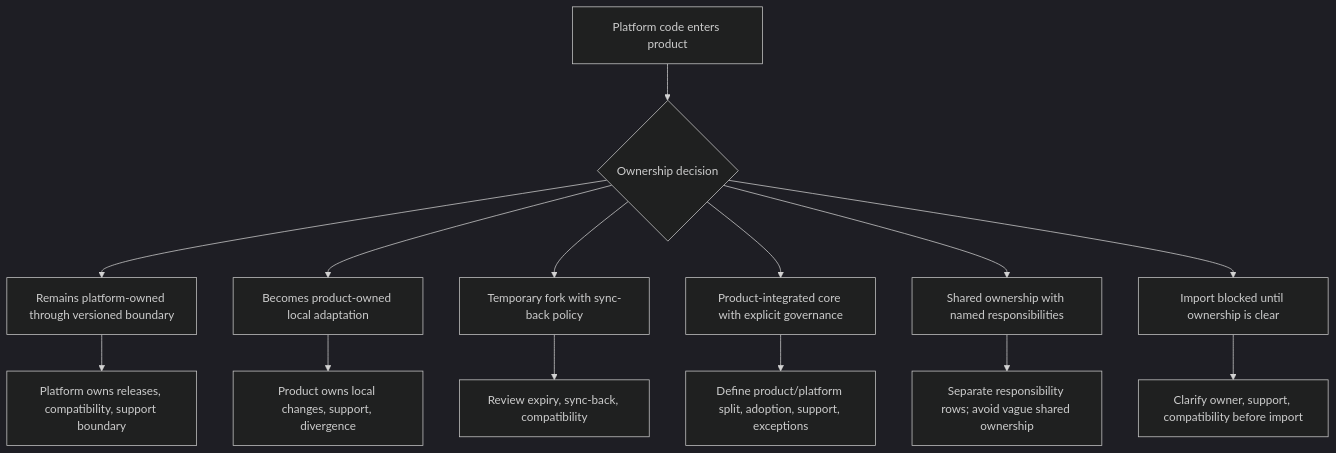
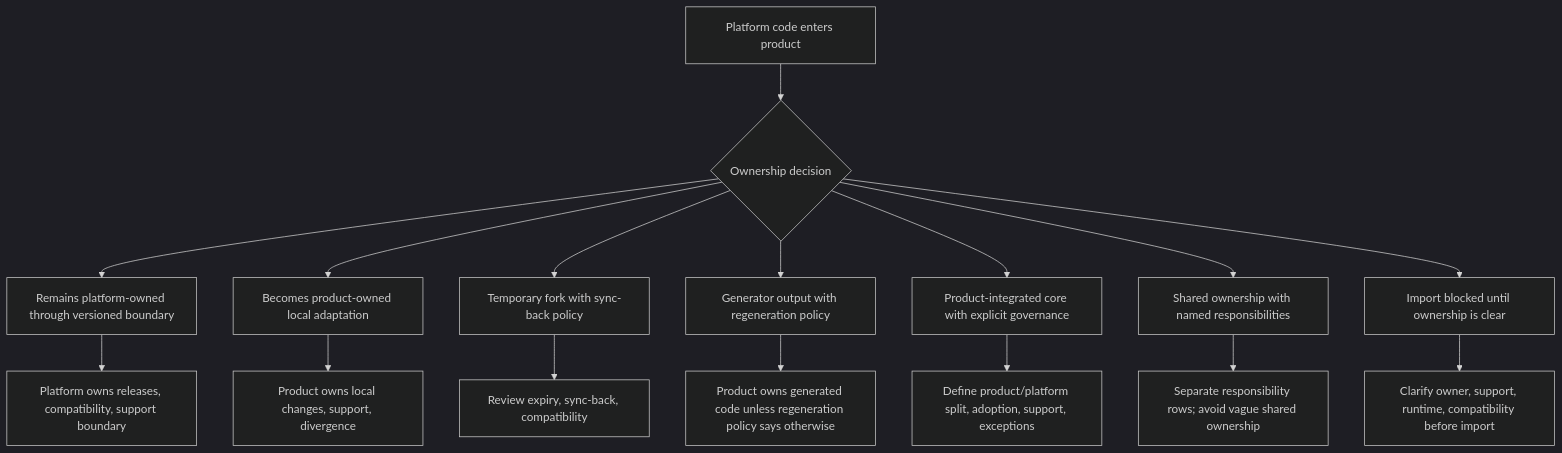
One commit to furytale/platform-discipline-playbook changed the diagram in diagrams/platform-import-ownership.md. Above: the diagram before and after it, drawn with Mermaid (dark theme). The commit also changed other lines of this file and 38 other files, not shown here.

````diff
--- a/diagrams/platform-import-ownership.md
+++ b/diagrams/platform-import-ownership.md
@@ -9,17 +9,19 @@
 ```mermaid
 flowchart TD
     A[Platform code enters product] --> B{Ownership decision}
     B --> C[Remains platform-owned through versioned boundary]
     B --> D[Becomes product-owned local adaptation]
     B --> E[Temporary fork with sync-back policy]
-    B --> F[Product-integrated core with explicit governance]
-    B --> G[Shared ownership with named responsibilities]
-    B --> H[Import blocked until ownership is clear]
+    B --> F[Generator output with regeneration policy]
+    B --> G[Product-integrated core with explicit governance]
+    B --> H[Shared ownership with named responsibilities]
+    B --> I[Import blocked until ownership is clear]
 
-    C --> I[Platform owns releases, compatibility, support boundary]
-    D --> J[Product owns local changes, support, divergence]
-    E --> K[Review expiry, sync-back, compatibility]
-    F --> L[Define product/platform split, adoption, support, exceptions]
-    G --> M[Separate responsibility rows; avoid vague shared ownership]
-    H --> N[Clarify owner, support, compatibility before import]
+    C --> J[Platform owns releases, compatibility, support boundary]
+    D --> K[Product owns local changes, support, divergence]
+    E --> L[Review expiry, sync-back, compatibility]
+    F --> M[Product owns generated code unless regeneration policy says otherwise]
+    G --> N[Define product/platform split, adoption, support, exceptions]
+    H --> O[Separate responsibility rows; avoid vague shared ownership]
+    I --> P[Clarify owner, support, runtime, compatibility before import]
 ```
````
